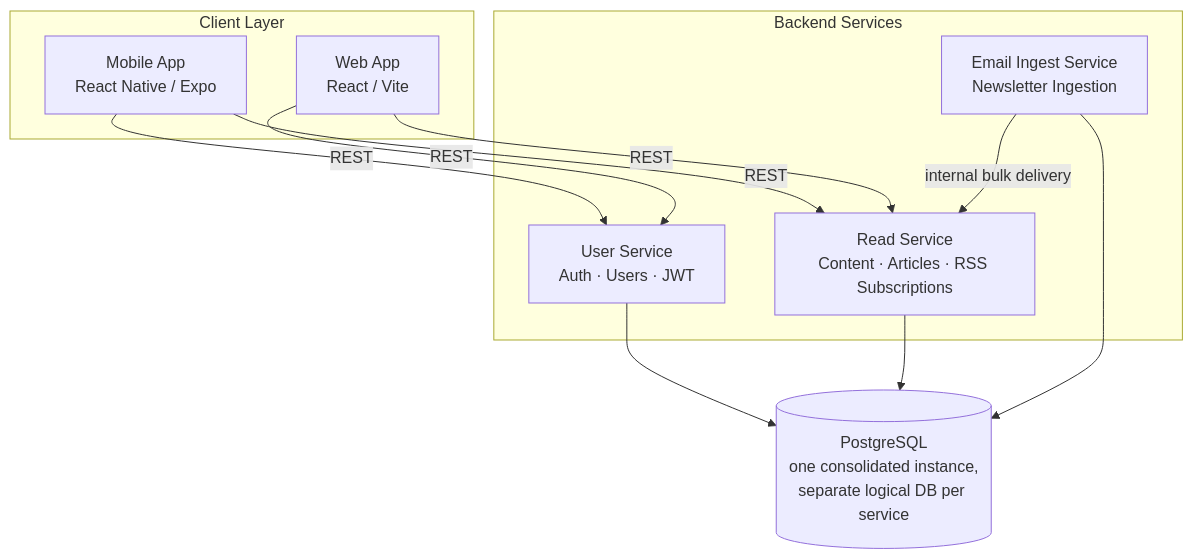
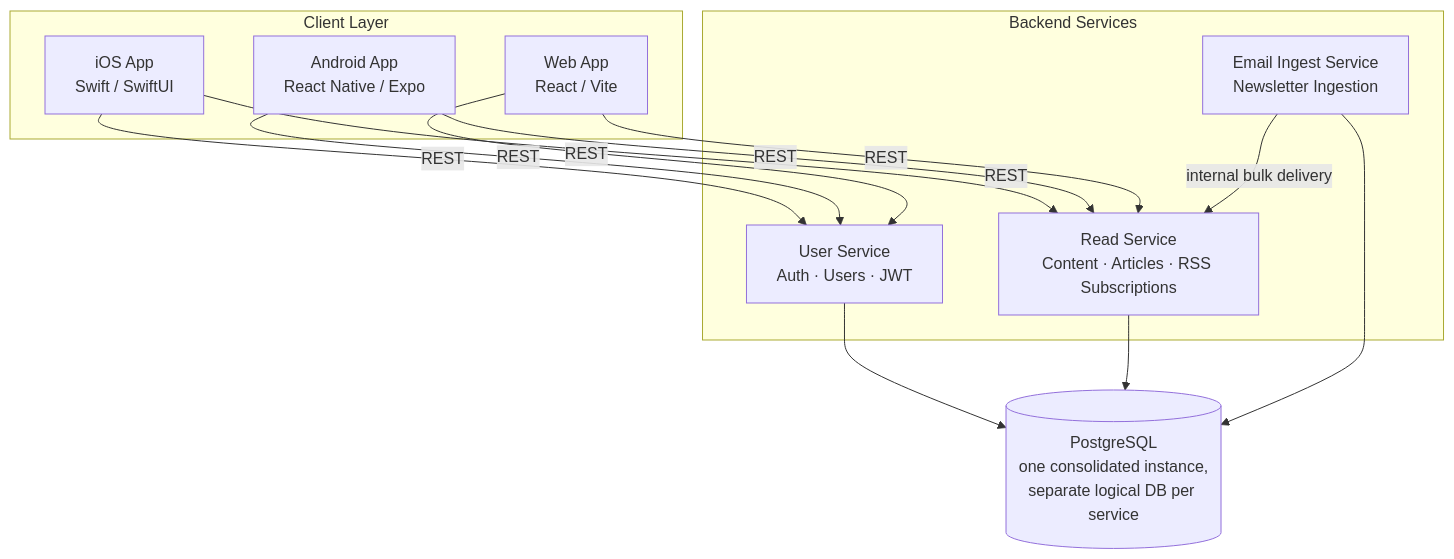
One commit to andrew-craig/cairn-reader changed the first of 8 diagrams in docs/ARCHITECTURE.md. Above: the diagram before and after it, drawn with Mermaid. The commit also changed other lines of this file and 286 other files, not shown here.

First line of the commit message:
Native iOS app (apps/ios) replaces the React Native iOS build; apps/mobile becomes Android-only (#477)

````diff
--- a/docs/ARCHITECTURE.md
+++ b/docs/ARCHITECTURE.md
@@ -23,25 +24,28 @@
 ```mermaid
 flowchart TB
     subgraph Clients["Client Layer"]
-        Mobile["Mobile App<br/>React Native / Expo"]
+        IOS["iOS App<br/>Swift / SwiftUI"]
+        Mobile["Android App<br/>React Native / Expo"]
         Web["Web App<br/>React / Vite"]
     end
 
     subgraph Backend["Backend Services"]
         UserSvc["User Service<br/>Auth · Users · JWT"]
         ReadSvc["Read Service<br/>Content · Articles · RSS Subscriptions"]
         EmailSvc["Email Ingest Service<br/>Newsletter Ingestion"]
     end
 
     DB[("PostgreSQL<br/>one consolidated instance,<br/>separate logical DB per service")]
 
+    IOS -->|REST| UserSvc
+    IOS -->|REST| ReadSvc
     Mobile -->|REST| UserSvc
     Mobile -->|REST| ReadSvc
     Web -->|REST| UserSvc
     Web -->|REST| ReadSvc
     EmailSvc -->|"internal bulk delivery"| ReadSvc
 
     UserSvc --> DB
     ReadSvc --> DB
     EmailSvc --> DB
 ```
````
